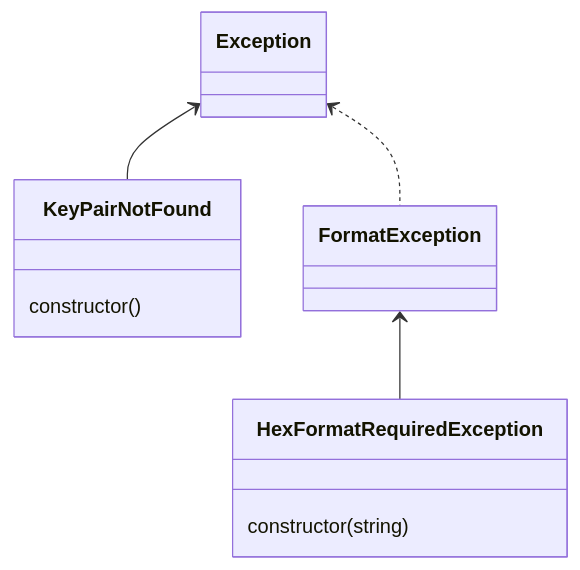
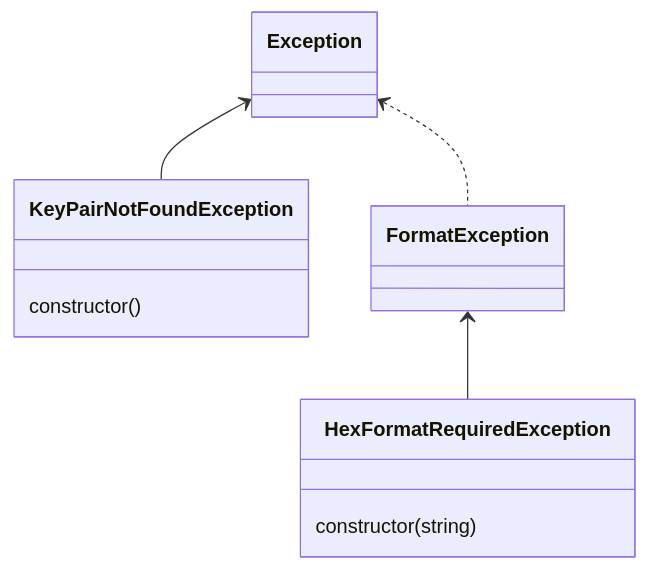
Before and after one commit to planet-nine-app/sessionless: the fifth of 5 diagrams in src/csharp/README.md, drawn with Mermaid.

````diff
--- a/src/csharp/README.md
+++ b/src/csharp/README.md
@@ -89,12 +89,12 @@
 ```mermaid
 classDiagram
-  class KeyPairNotFound {
+  class KeyPairNotFoundException {
     constructor()
   }
   class HexFormatRequiredException {
     constructor(string)
   }
-  Exception <-- KeyPairNotFound
+  Exception <-- KeyPairNotFoundException
   Exception <.. FormatException
   FormatException <-- HexFormatRequiredException
 ```
````
